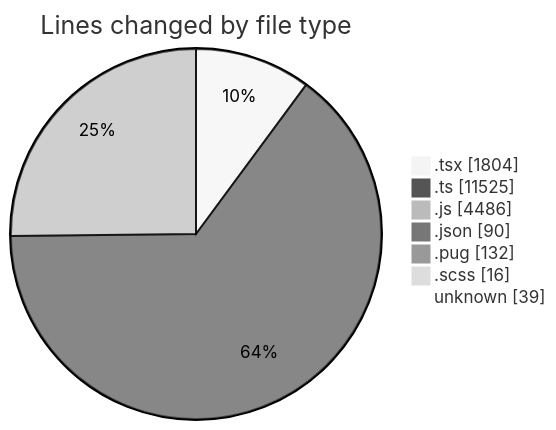
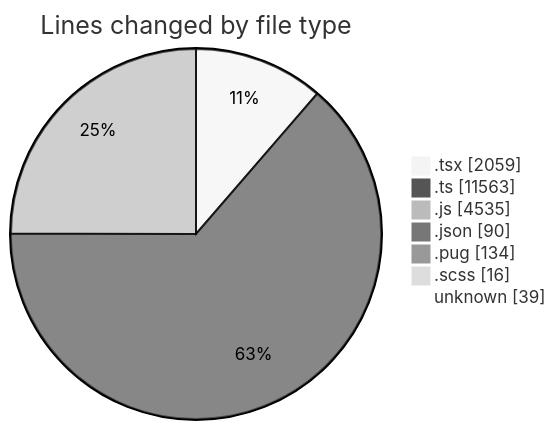
The first of 2 diagrams in 2025-03-24/cda/README.md (momahboobian/code-tracking), drawn with Mermaid (neutral theme) before and after one commit. The commit also changed other lines of this file and 1 other file, not shown here.

````diff
--- a/2025-03-24/cda/README.md
+++ b/2025-03-24/cda/README.md
@@ -42,11 +42,11 @@
 ```mermaid
 pie showData
 title Lines changed by file type
-".tsx" : 1804
-".ts" : 11525
-".js" : 4486
+".tsx" : 2059
+".ts" : 11563
+".js" : 4535
 ".json" : 90
-".pug" : 132
+".pug" : 134
 ".scss" : 16
 "unknown" : 39
 ```
````
